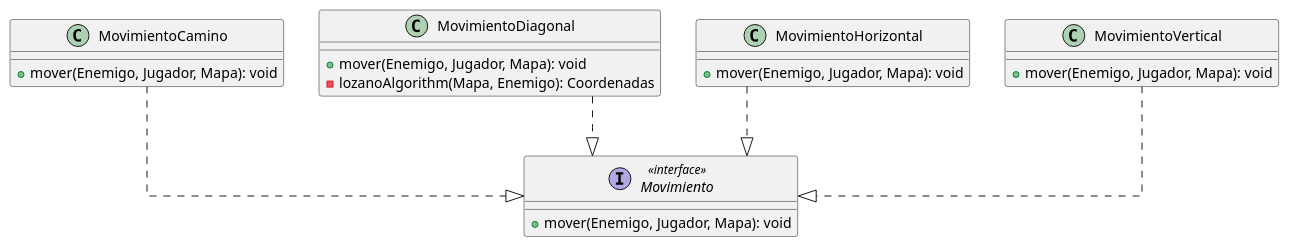
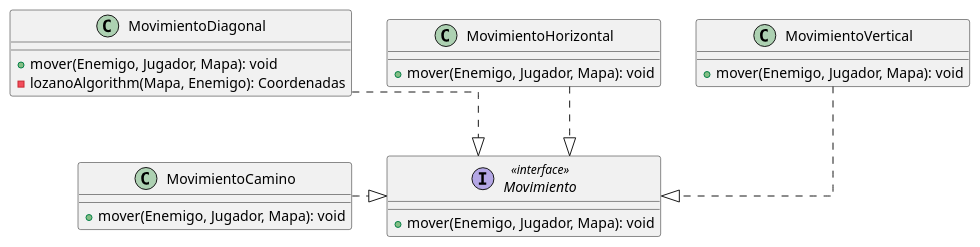
The diagram in diagrams/classes/movimiento.puml (franzimbi/algo3_tp2), drawn with PlantUML before and after one commit. The commit also changed 13 other files, not shown here.

```diff
--- a/diagrams/classes/movimiento.puml
+++ b/diagrams/classes/movimiento.puml
@@ -1,26 +1,26 @@
 @startuml
 top to bottom direction
 skinparam linetype ortho
 
 interface Movimiento << interface >> {
   + mover(Enemigo, Jugador, Mapa): void
 }
 class MovimientoCamino {
   + mover(Enemigo, Jugador, Mapa): void
 }
 class MovimientoDiagonal {
   + mover(Enemigo, Jugador, Mapa): void
   - lozanoAlgorithm(Mapa, Enemigo): Coordenadas
 }
 class MovimientoHorizontal {
   + mover(Enemigo, Jugador, Mapa): void
 }
 class MovimientoVertical {
   + mover(Enemigo, Jugador, Mapa): void
 }
 
-MovimientoCamino      ..|>  Movimiento
+MovimientoCamino      .|>  Movimiento
 MovimientoDiagonal    ..|>  Movimiento
 MovimientoHorizontal  ..|>  Movimiento
 MovimientoVertical    ..|>  Movimiento
 @enduml
```
